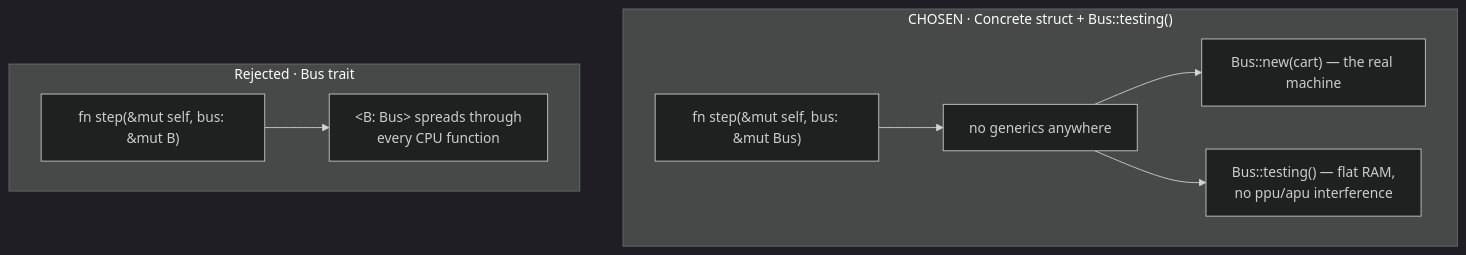
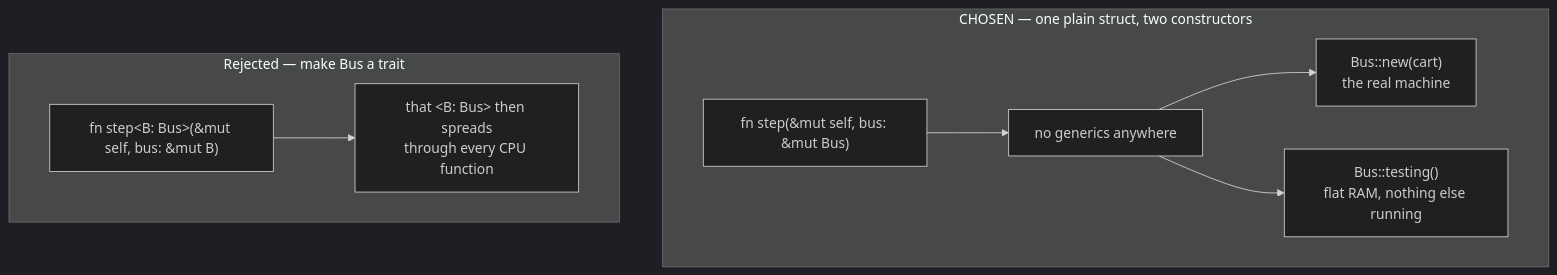
One commit to dudustri/rustboy-color changed diagram 13 of 16 in docs/architecture.md. Above: the diagram before and after it, drawn with Mermaid (dark theme). The commit also changed other lines of this file and 17 other files, not shown here.

````diff
--- a/docs/architecture.md
+++ b/docs/architecture.md
@@ -324,11 +350,12 @@
 ```mermaid
+%%{init: {"flowchart": {"nodeSpacing": 50, "rankSpacing": 70}}}%%
 flowchart TB
-    subgraph c1["CHOSEN · Concrete struct + Bus::testing()"]
+    subgraph c1["CHOSEN — one plain struct, two constructors"]
         X1["fn step(&mut self, bus: &mut Bus)"] --> X2["no generics anywhere"]
-        X2 --> X3["Bus::new(cart) — the real machine"]
-        X2 --> X4["Bus::testing() — flat RAM,<br/>no ppu/apu interference"]
+        X2 --> X3["Bus::new(cart)<br/>the real machine"]
+        X2 --> X4["Bus::testing()<br/>flat RAM, nothing else running"]
     end
-    subgraph c2["Rejected · Bus trait"]
-        Y1["fn step<B: Bus>(&mut self, bus: &mut B)"] --> Y2["&lt;B: Bus&gt; spreads through<br/>every CPU function"]
+    subgraph c2["Rejected — make Bus a trait"]
+        Y1["fn step&lt;B: Bus&gt;(&mut self, bus: &mut B)"] --> Y2["that &lt;B: Bus&gt; then spreads<br/>through every CPU function"]
     end
 ```
````
